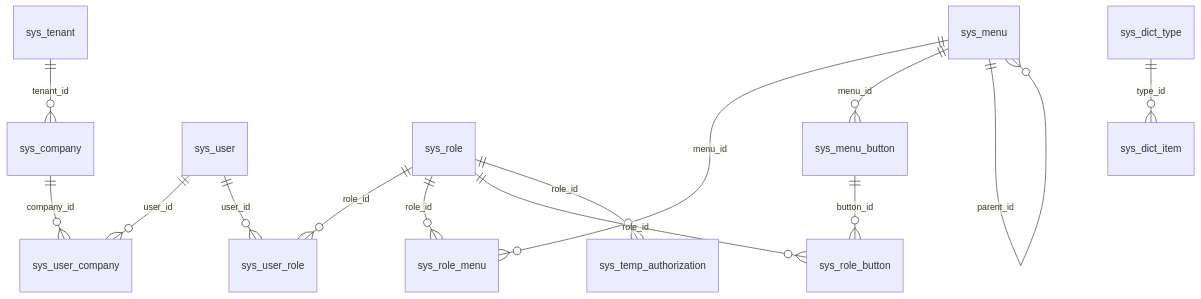
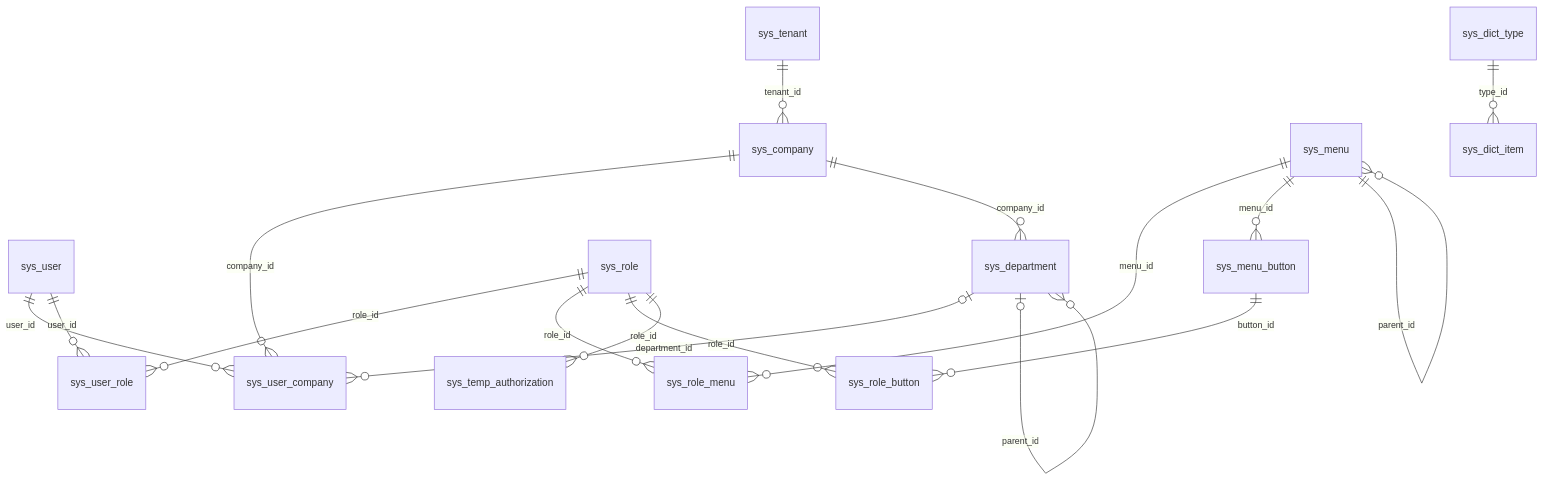
Before and after one commit to ChenyCHENYU/Robot_Cloud: the diagram in docs/database-design.md, drawn with Mermaid. The commit also changed other lines of this file and 434 other files, not shown here.

````diff
--- a/docs/database-design.md
+++ b/docs/database-design.md
@@ -50,16 +54,19 @@
 ```mermaid
 erDiagram
     sys_tenant ||--o{ sys_company : tenant_id
     sys_company ||--o{ sys_user_company : company_id
     sys_user ||--o{ sys_user_company : user_id
+    sys_department |o--o{ sys_user_company : department_id
+    sys_company ||--o{ sys_department : company_id
+    sys_department |o--o{ sys_department : parent_id
     sys_user ||--o{ sys_user_role : user_id
     sys_role ||--o{ sys_user_role : role_id
     sys_role ||--o{ sys_role_menu : role_id
     sys_role ||--o{ sys_role_button : role_id
     sys_menu ||--o{ sys_role_menu : menu_id
     sys_menu ||--o{ sys_menu_button : menu_id
     sys_menu_button ||--o{ sys_role_button : button_id
     sys_menu ||--o{ sys_menu : parent_id
     sys_dict_type ||--o{ sys_dict_item : type_id
     sys_role ||--o{ sys_temp_authorization : role_id
 ```
````
